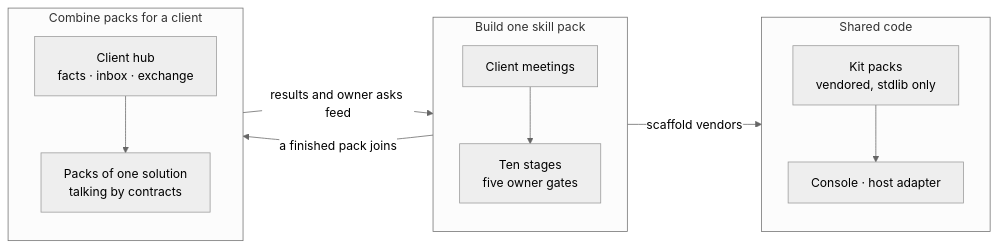
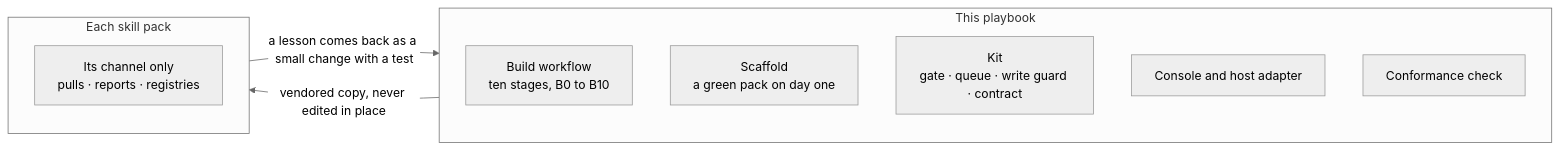
The second of 4 diagrams in docs/overview.md (thaddeus-builds/skill-pack-playbook), drawn with Mermaid (neutral theme) before and after one commit. The commit also changed other lines of this file and 1 other file, not shown here.

Commit message:
docs: overview in two parts: who owns what, and what the playbook unifies

````diff
--- a/docs/overview.md
+++ b/docs/overview.md
@@ -7,18 +53,17 @@
 ```mermaid
 flowchart LR
-    subgraph B["Build one skill pack"]
+    subgraph PB["This playbook"]
       direction TB
-      B1["Client meetings"] --> B2["Ten stages<br/>five owner gates"]
+      W["Build workflow<br/>ten stages, B0 to B10"]
+      SC["Scaffold<br/>a green pack on day one"]
+      K["Kit<br/>gate · queue · write guard · contract"]
+      CO["Console and host adapter"]
+      CF["Conformance check"]
     end
-    subgraph C["Combine packs for a client"]
+    subgraph SP["Each skill pack"]
       direction TB
-      C1["Client hub<br/>facts · inbox · exchange"] --> C2["Packs of one solution<br/>talking by contracts"]
+      CH["Its channel only<br/>pulls · reports · registries"]
     end
-    subgraph K["Shared code"]
-      direction TB
-      K1["Kit packs<br/>vendored, stdlib only"] --> K2["Console · host adapter"]
-    end
-    B -- "scaffold vendors" --> K
-    B -- "a finished pack joins" --> C
-    C -- "results and owner asks feed" --> B
+    PB -- "vendored copy, never edited in place" --> SP
+    SP -- "a lesson comes back as a small change with a test" --> PB
 ```
````
